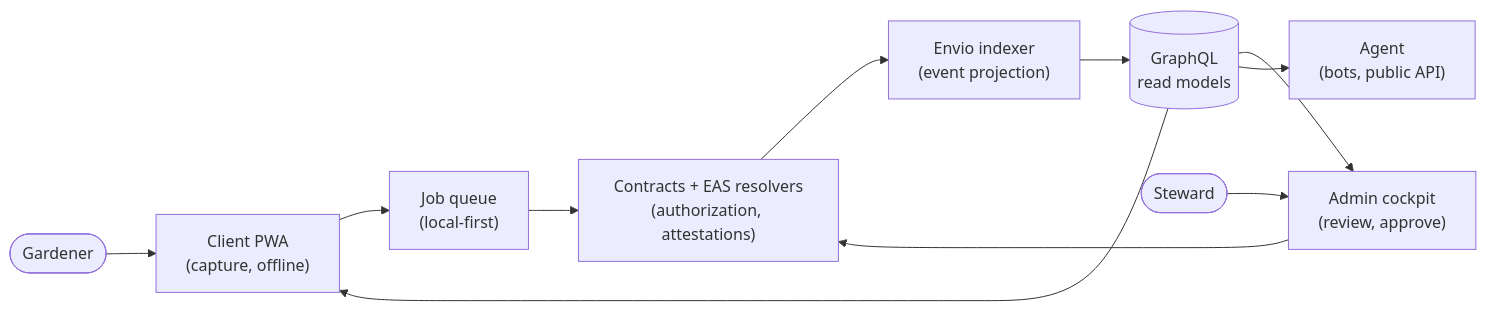
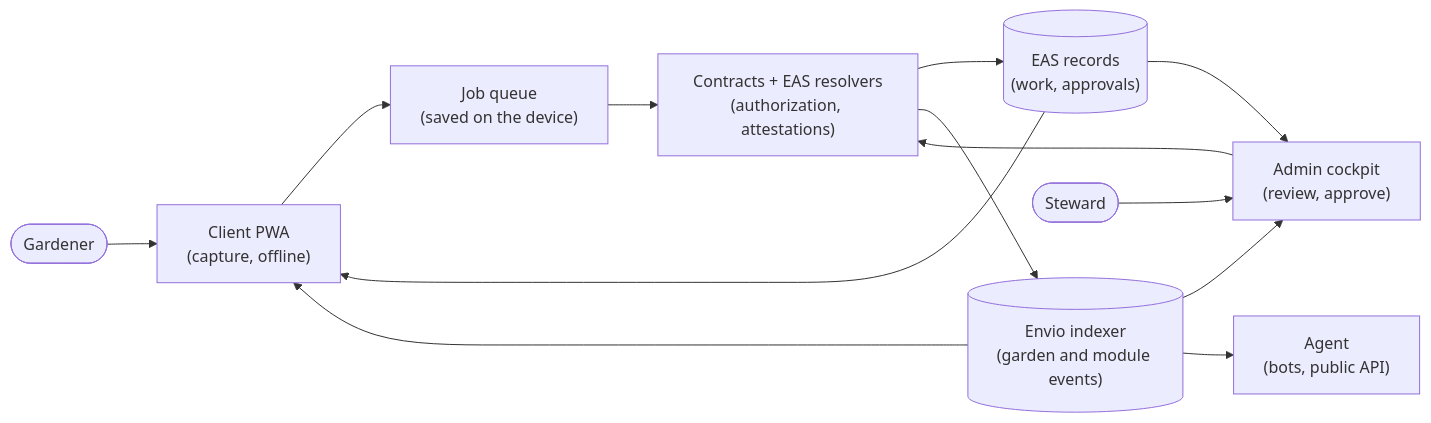
Before and after one commit to greenpill-dev-guild/green-goods: the diagram in docs/docs/builders/architecture.mdx, drawn with Mermaid. The commit also changed other lines of this file and 23 other files, not shown here.

````diff
--- a/docs/docs/builders/architecture.mdx
+++ b/docs/docs/builders/architecture.mdx
@@ -34,13 +37,15 @@
 ```mermaid
 flowchart LR
   gardener([Gardener]) --> client["Client PWA<br/>(capture, offline)"]
-  client --> queue["Job queue<br/>(local-first)"]
+  client --> queue["Job queue<br/>(saved on the device)"]
   queue --> contracts["Contracts + EAS resolvers<br/>(authorization, attestations)"]
-  contracts --> indexer["Envio indexer<br/>(event projection)"]
-  indexer --> graphql[("GraphQL<br/>read models")]
-  graphql --> client
-  graphql --> admin["Admin cockpit<br/>(review, approve)"]
-  graphql --> agent["Agent<br/>(bots, public API)"]
+  contracts --> eas[("EAS records<br/>(work, approvals)")]
+  contracts --> indexer[("Envio indexer<br/>(garden and module events)")]
+  eas --> client
+  eas --> admin["Admin cockpit<br/>(review, approve)"]
+  indexer --> client
+  indexer --> admin
+  indexer --> agent["Agent<br/>(bots, public API)"]
   steward([Steward]) --> admin
   admin --> contracts
 ```
````
